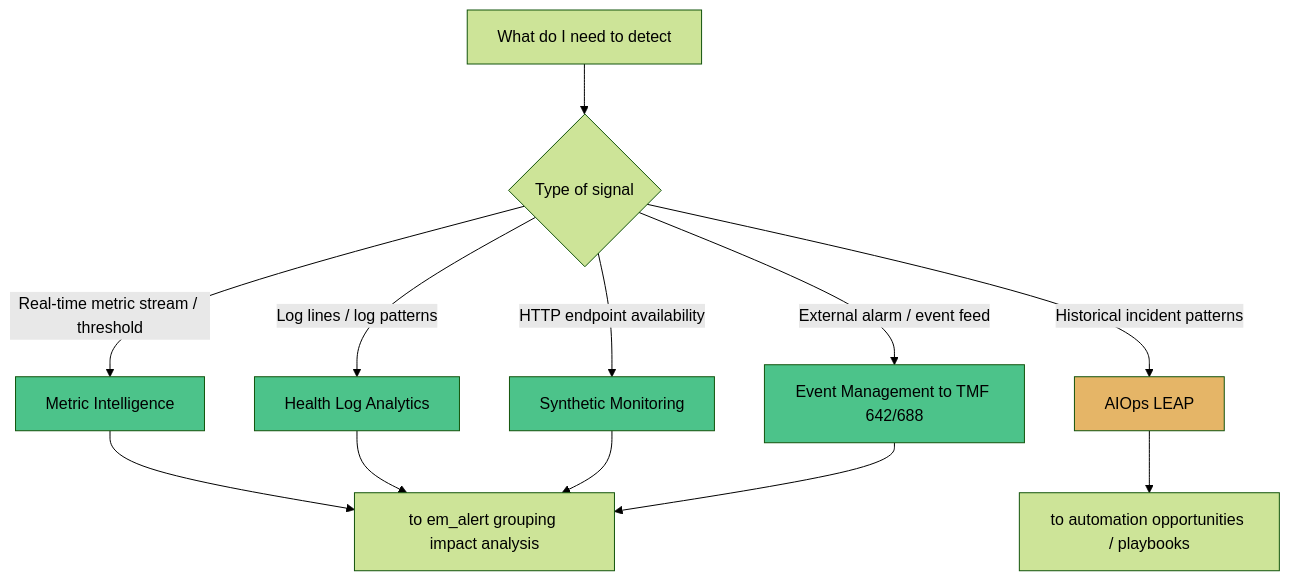
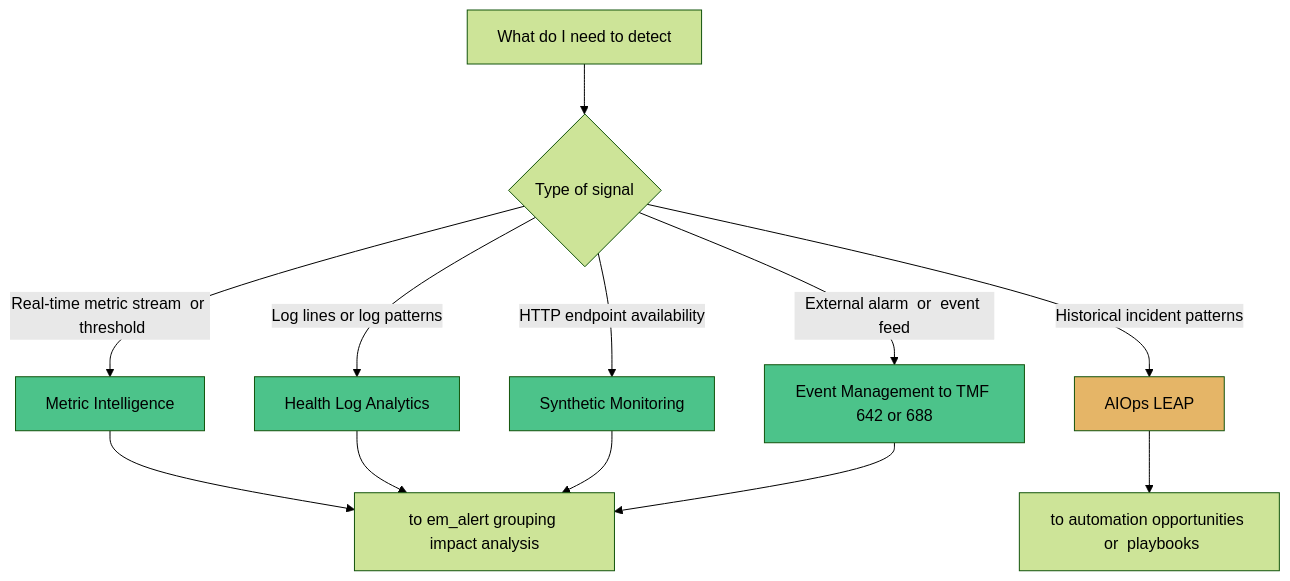
One commit to eltonaguiar/ServiceNow_Learning_TSOM-_CSM_FSM_SalesCRM_HAM_ITSM changed the fifth of 6 diagrams in docs/modules/tsom/tsom-guide.md. Above: the diagram before and after it, drawn with Mermaid (forest theme). The commit also changed other lines of this file and 19 other files, not shown here.

First line of the commit message:
Fix Mermaid diagram syntax errors - replace problematic chars in text content only

````diff
--- a/docs/modules/tsom/tsom-guide.md
+++ b/docs/modules/tsom/tsom-guide.md
@@ -1326,19 +1326,19 @@
 ```mermaid
 flowchart TD
     A[What do I need to detect] --> B{Type of signal}
-    B -->|Real-time metric stream / threshold| C[Metric Intelligence]
-    B -->|Log lines / log patterns| D[Health Log Analytics]
+    B -->|Real-time metric stream  or  threshold| C[Metric Intelligence]
+    B -->|Log lines  or  log patterns| D[Health Log Analytics]
     B -->|HTTP endpoint availability| E[Synthetic Monitoring]
-    B -->|External alarm / event feed| F[Event Management to TMF 642/688]
+    B -->|External alarm  or  event feed| F[Event Management to TMF 642 or 688]
     B -->|Historical incident patterns| G[AIOps LEAP]
     C --> H[to em_alert grouping impact analysis]
     D --> H
     E --> H
     F --> H
-    G --> I[to automation opportunities / playbooks]
+    G --> I[to automation opportunities  or  playbooks]
     style C fill:#4cc38a,color:#000
     style D fill:#4cc38a,color:#000
     style E fill:#4cc38a,color:#000
     style F fill:#4cc38a,color:#000
     style G fill:#e5b567,color:#000
 ```
````
